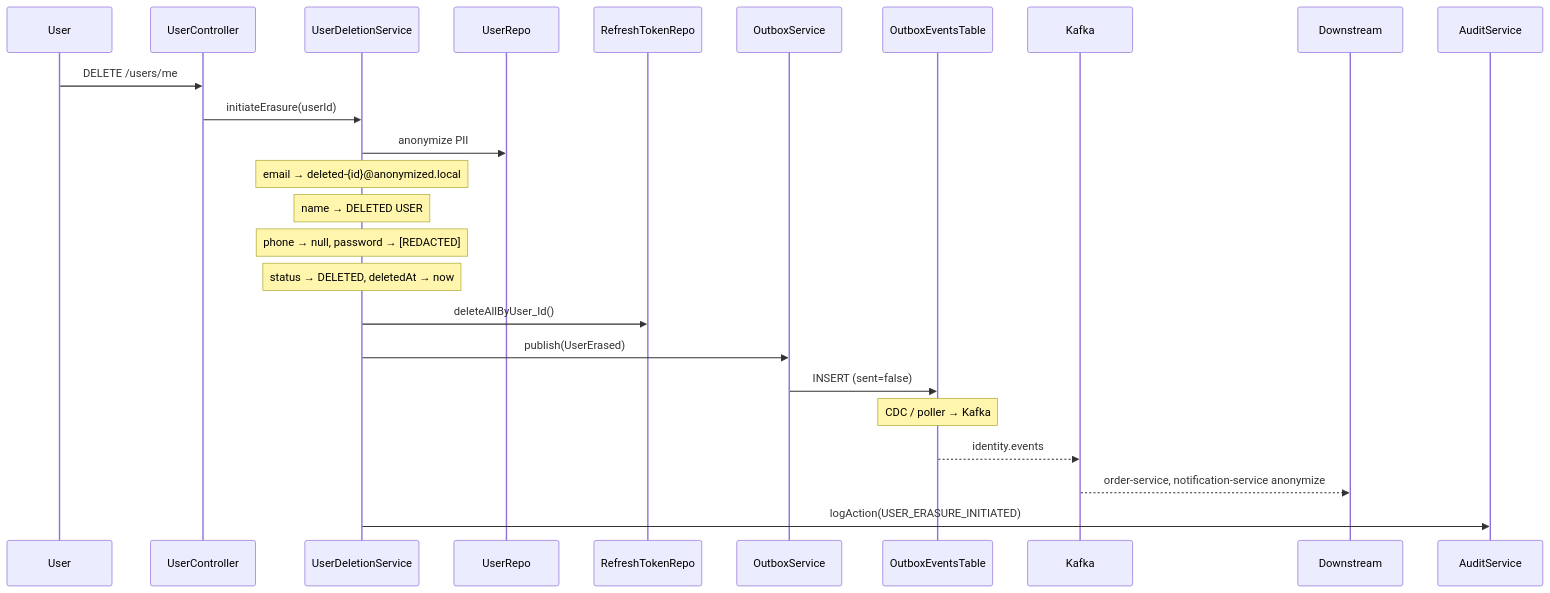
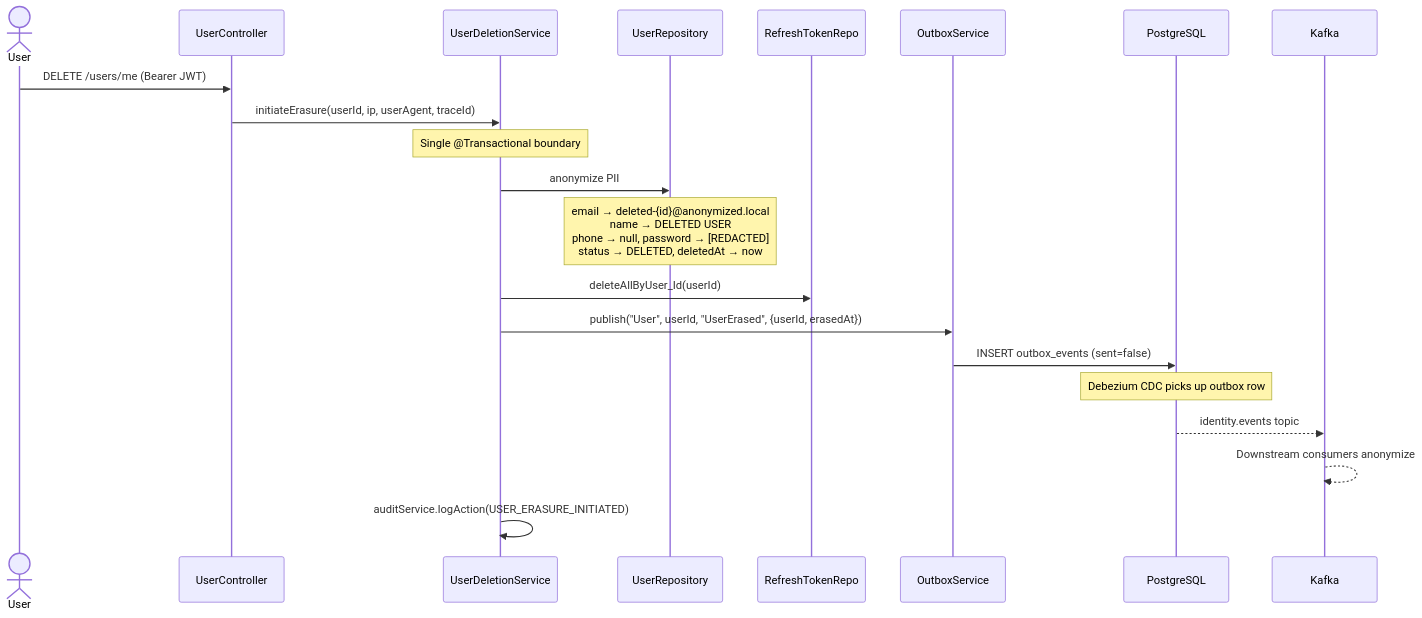
Before and after one commit to sunitakeazycommerz-a11y/InstaCommerce: the fifth of 5 diagrams in services/identity-service/README.md, drawn with Mermaid. The commit also changed other lines of this file and 554 other files, not shown here.

````diff
--- a/services/identity-service/README.md
+++ b/services/identity-service/README.md
@@ -122,17 +338,28 @@
 ```mermaid
 sequenceDiagram
-    User->>UserController: DELETE /users/me
-    UserController->>UserDeletionService: initiateErasure(userId)
-    UserDeletionService->>UserRepo: anonymize PII
-    Note over UserDeletionService: email → deleted-{id}@anonymized.local
-    Note over UserDeletionService: name → DELETED USER
-    Note over UserDeletionService: phone → null, password → [REDACTED]
-    Note over UserDeletionService: status → DELETED, deletedAt → now
-    UserDeletionService->>RefreshTokenRepo: deleteAllByUser_Id()
-    UserDeletionService->>OutboxService: publish(UserErased)
-    OutboxService->>OutboxEventsTable: INSERT (sent=false)
-    Note over OutboxEventsTable: CDC / poller → Kafka
-    OutboxEventsTable-->>Kafka: identity.events
-    Kafka-->>Downstream: order-service, notification-service anonymize
-    UserDeletionService->>AuditService: logAction(USER_ERASURE_INITIATED)
+    actor User
+    participant UC as UserController
+    participant UDS as UserDeletionService
+    participant UR as UserRepository
+    participant RTR as RefreshTokenRepo
+    participant OBS as OutboxService
+    participant PG as PostgreSQL
+    participant KF as Kafka
+
+    User->>UC: DELETE /users/me (Bearer JWT)
+    UC->>UDS: initiateErasure(userId, ip, userAgent, traceId)
+
+    Note over UDS: Single @Transactional boundary
+    UDS->>UR: anonymize PII
+    Note over UR: email → deleted-{id}@anonymized.local<br/>name → DELETED USER<br/>phone → null, password → [REDACTED]<br/>status → DELETED, deletedAt → now
+
+    UDS->>RTR: deleteAllByUser_Id(userId)
+    UDS->>OBS: publish("User", userId, "UserErased", {userId, erasedAt})
+    OBS->>PG: INSERT outbox_events (sent=false)
+
+    Note over PG: Debezium CDC picks up outbox row
+    PG-->>KF: identity.events topic
+    KF-->>KF: Downstream consumers anonymize
+
+    UDS->>UDS: auditService.logAction(USER_ERASURE_INITIATED)
 ```
````
